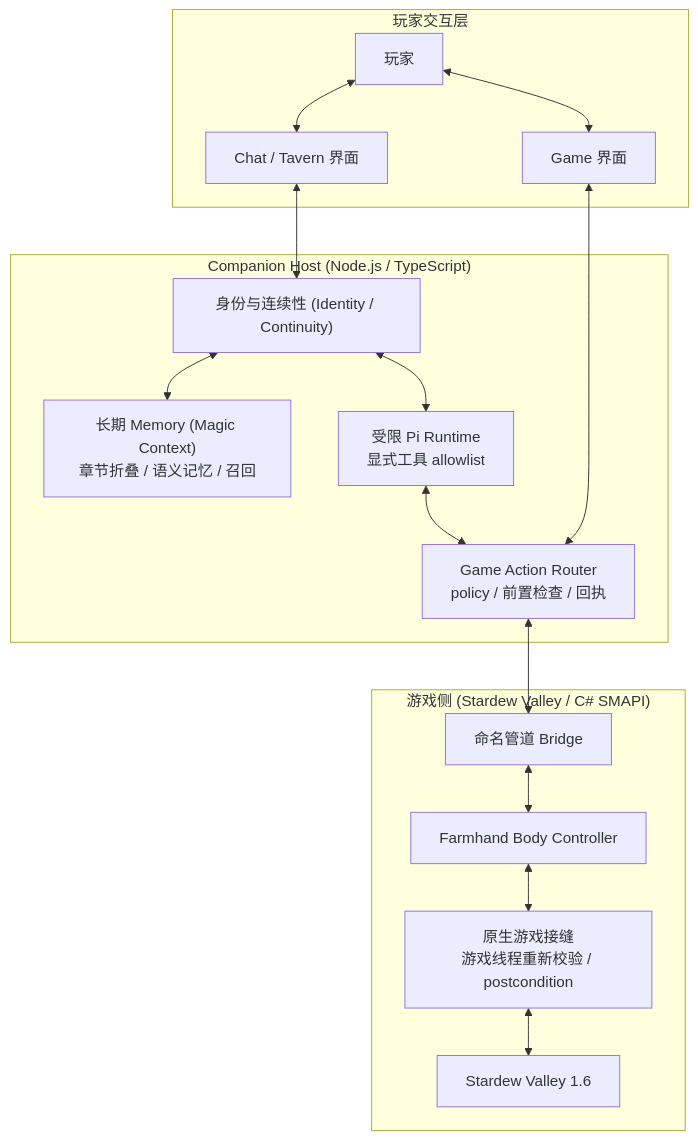
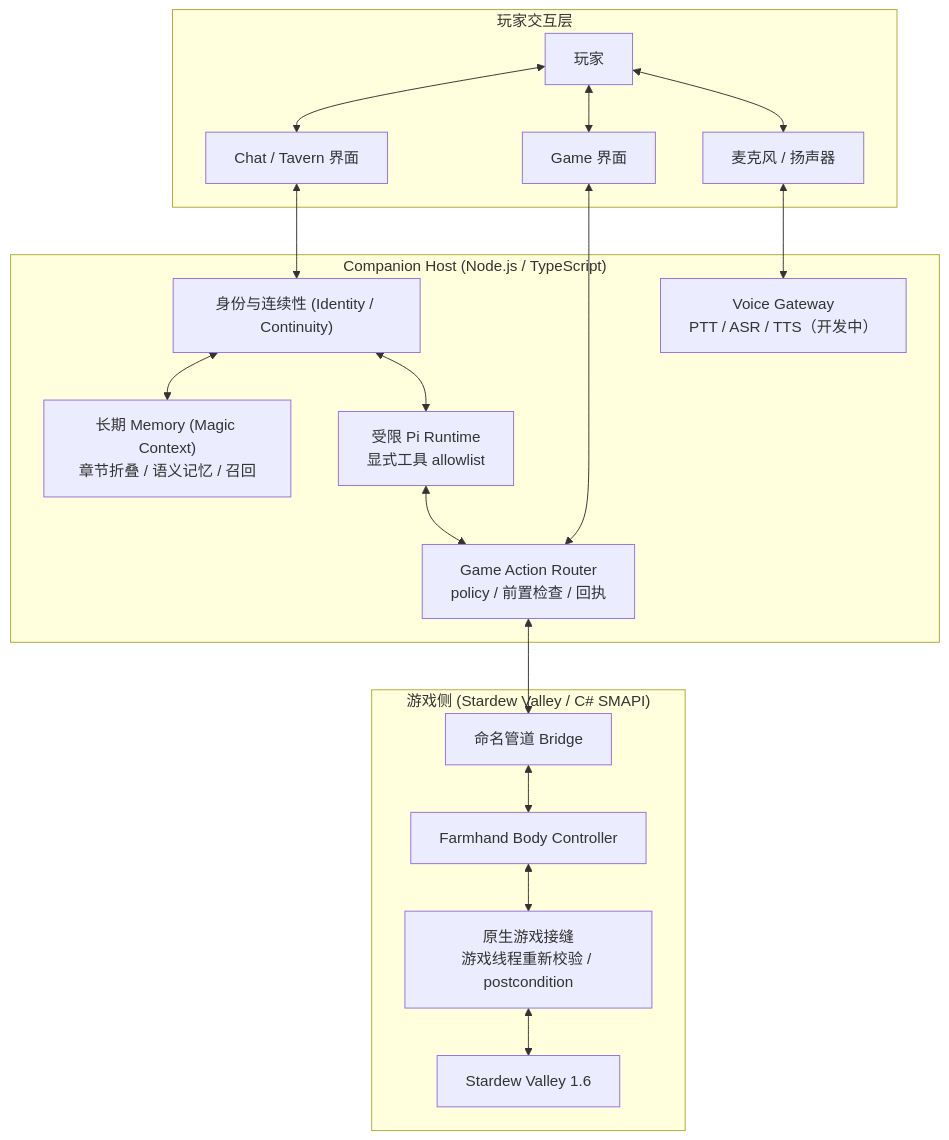
Before and after one commit to zhexulong/gamebuddy: the diagram in README.md, drawn with Mermaid. The commit also changed other lines of this file and 2 other files, not shown here.

Commit message:
docs: keep voice, ASR and TTS as in-development capabilities

````diff
--- a/README.md
+++ b/README.md
@@ -132,34 +133,38 @@
 ```mermaid
 flowchart TB
     subgraph PlayerLayer["玩家交互层"]
         Player["玩家"]
         ChatUI["Chat / Tavern 界面"]
         GameUI["Game 界面"]
+        Mic["麦克风 / 扬声器"]
     end
 
     subgraph HostLayer["Companion Host (Node.js / TypeScript)"]
         Identity["身份与连续性 (Identity / Continuity)"]
         Memory["长期 Memory (Magic Context)<br/>章节折叠 / 语义记忆 / 召回"]
         PiRuntime["受限 Pi Runtime<br/>显式工具 allowlist"]
+        VoiceGW["Voice Gateway<br/>PTT / ASR / TTS（开发中）"]
         ActionRouter["Game Action Router<br/>policy / 前置检查 / 回执"]
     end
 
     subgraph GameLayer["游戏侧 (Stardew Valley / C# SMAPI)"]
         Bridge["命名管道 Bridge"]
         BodyCtrl["Farmhand Body Controller"]
         NativeSeam["原生游戏接缝<br/>游戏线程重新校验 / postcondition"]
         GameEngine["Stardew Valley 1.6"]
     end
 
     Player <--> ChatUI
     Player <--> GameUI
+    Player <--> Mic
     ChatUI <--> Identity
     GameUI <--> ActionRouter
+    Mic <--> VoiceGW
     Identity <--> Memory
     Identity <--> PiRuntime
     PiRuntime <--> ActionRouter
     ActionRouter <--> Bridge
     Bridge <--> BodyCtrl
     BodyCtrl <--> NativeSeam
     NativeSeam <--> GameEngine
 ```
````
